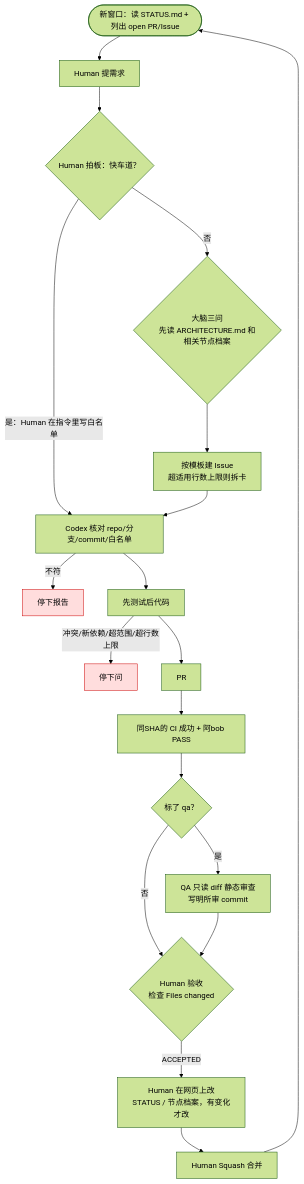
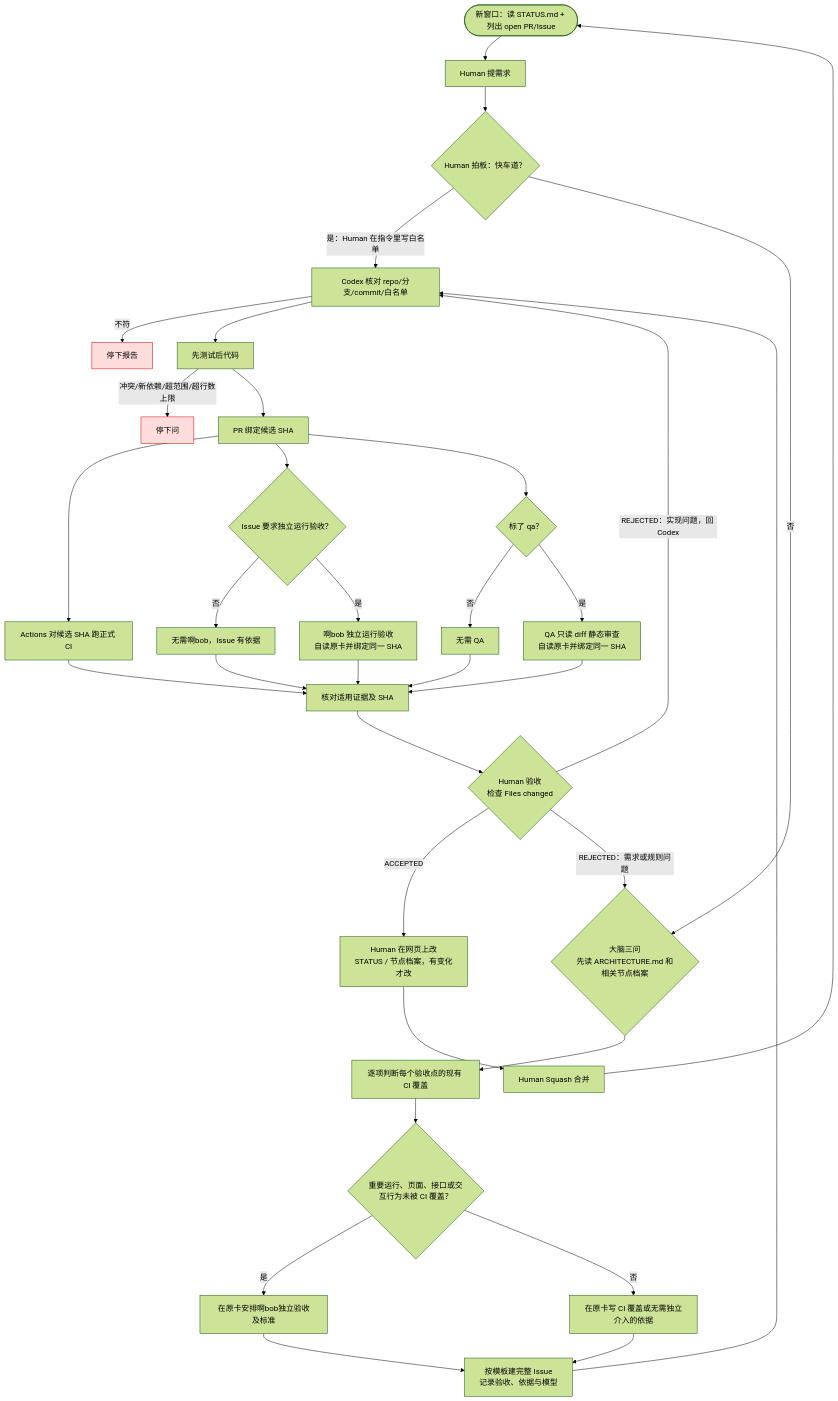
Before and after one commit to zwmhua/Solo-Flow: the diagram in WORKFLOW.md, drawn with Mermaid (forest theme). The commit also changed other lines of this file and 9 other files, not shown here.

````diff
--- a/WORKFLOW.md
+++ b/WORKFLOW.md
@@ -45,24 +50,39 @@
 ```mermaid
 flowchart TD
     S([新窗口：读 STATUS.md + 列出 open PR/Issue]) --> A[Human 提需求]
     A --> FAST{Human 拍板：快车道？}
     FAST -->|是：Human 在指令里写白名单| G
-    FAST -->|否| B{大脑三问<br>先读 ARCHITECTURE.md 和相关节点档案}
-    B --> E[按模板建 Issue<br>超适用行数上限则拆卡]
-    E --> G[Codex 核对 repo/分支/commit/白名单]
+    FAST -->|否| BRAIN{大脑三问<br>先读 ARCHITECTURE.md 和相关节点档案}
+    BRAIN --> COVER[逐项判断每个验收点的现有 CI 覆盖]
+    COVER --> NEED{重要运行、页面、接口或交互行为未被 CI 覆盖？}
+    NEED -->|是| BOBREQ[在原卡安排啊bob独立验收及标准]
+    NEED -->|否| BASIS[在原卡写 CI 覆盖或无需独立介入的依据]
+    BOBREQ --> I[按模板建完整 Issue<br>记录验收、依据与模型]
+    BASIS --> I
+    I --> G[Codex 核对 repo/分支/commit/白名单]
     G -->|不符| X1[停下报告]
-    G --> H[先测试后代码]
-    H -->|冲突/新依赖/超范围/超行数上限| X2[停下问]
-    H --> P[PR]
-    P --> T[同SHA的 CI 成功 + 阿bob PASS]
-    T --> Q{标了 qa？}
-    Q -->|否| V
-    Q -->|是| L[QA 只读 diff 静态审查<br>写明所审 commit]
-    L --> V{Human 验收<br>检查 Files changed}
-    V -->|ACCEPTED| W[Human 在网页上改<br>STATUS / 节点档案，有变化才改]
+    G --> TEST[先测试后代码]
+    TEST -->|冲突/新依赖/超范围/超行数上限| X2[停下问]
+    TEST --> P[PR 绑定候选 SHA]
+    P --> CI[Actions 对候选 SHA 跑正式 CI]
+    P --> BOB{Issue 要求独立运行验收？}
+    BOB -->|否| SKIPBOB[无需啊bob，Issue 有依据]
+    BOB -->|是| RUN[啊bob 独立运行验收<br>自读原卡并绑定同一 SHA]
+    P --> QA{标了 qa？}
+    QA -->|否| SKIPQA[无需 QA]
+    QA -->|是| REVIEW[QA 只读 diff 静态审查<br>自读原卡并绑定同一 SHA]
+    CI --> EVID[核对适用证据及 SHA]
+    SKIPBOB --> EVID
+    RUN --> EVID
+    SKIPQA --> EVID
+    REVIEW --> EVID
+    EVID --> HUMAN{Human 验收<br>检查 Files changed}
+    HUMAN -->|ACCEPTED| W[Human 在网页上改<br>STATUS / 节点档案，有变化才改]
+    HUMAN -->|REJECTED：实现问题，回 Codex| G
+    HUMAN -->|REJECTED：需求或规则问题| BRAIN
     W --> M[Human Squash 合并]
     M --> S
 
     classDef stop fill:#fdd,stroke:#c00
     class X1,X2 stop
 ```
````
